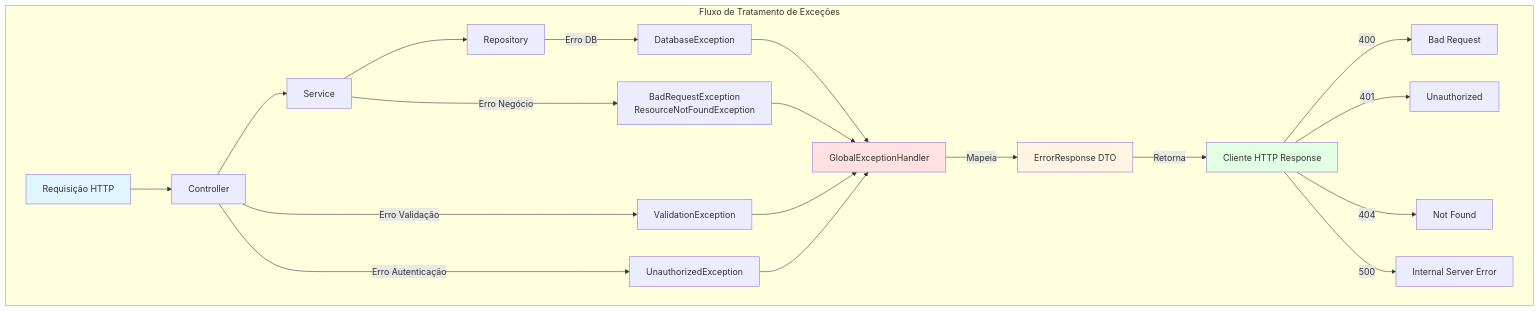
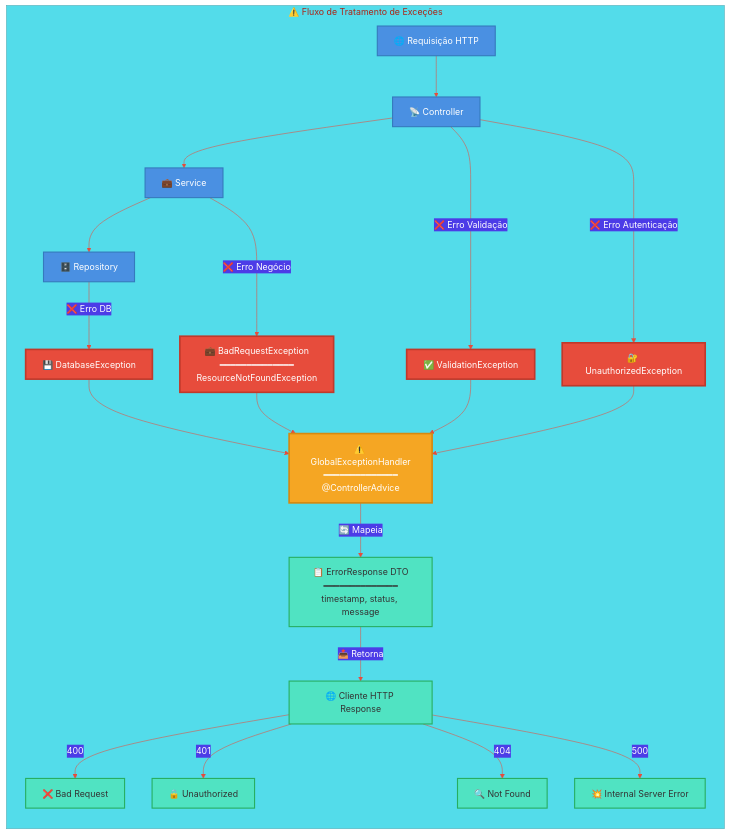
Before and after one commit to caiohrmm/TCC-BartoFinance: the eighth of 20 diagrams in DOCUMENTACAO_ARQUITETURA_CAMADAS.md, drawn with Mermaid. The commit also changed other lines of this file, not shown here.

````diff
--- a/DOCUMENTACAO_ARQUITETURA_CAMADAS.md
+++ b/DOCUMENTACAO_ARQUITETURA_CAMADAS.md
@@ -346,31 +428,43 @@
 ```mermaid
+%%{init: {'theme':'base', 'themeVariables': { 'primaryColor':'#E74C3C','primaryTextColor':'#fff','primaryBorderColor':'#C0392B','lineColor':'#E74C3C'}}}%%
 graph TB
-    subgraph ExceptionFlow["Fluxo de Tratamento de Exceções"]
-        Request[Requisição HTTP] --> Controller[Controller]
-        Controller --> Service[Service]
-        Service --> Repository[Repository]
+    subgraph ExceptionFlow["⚠️ Fluxo de Tratamento de Exceções"]
+        direction TB
+        Request["🌐 Requisição HTTP"]
+        Controller["📡 Controller"]
+        Service["💼 Service"]
+        Repository["🗄️ Repository"]
         
-        Repository -->|Erro DB| DBException[DatabaseException]
-        Service -->|Erro Negócio| BusinessException[BadRequestException<br/>ResourceNotFoundException]
-        Controller -->|Erro Validação| ValidationException[ValidationException]
-        Controller -->|Erro Autenticação| AuthException[UnauthorizedException]
+        Request --> Controller
+        Controller --> Service
+        Service --> Repository
         
-        DBException --> ExceptionHandler[GlobalExceptionHandler]
+        Repository -->|"❌ Erro DB"| DBException["💾 DatabaseException"]
+        Service -->|"❌ Erro Negócio"| BusinessException["💼 BadRequestException<br/>━━━━━━━━━━━━━━<br/>ResourceNotFoundException"]
+        Controller -->|"❌ Erro Validação"| ValidationException["✅ ValidationException"]
+        Controller -->|"❌ Erro Autenticação"| AuthException["🔐 UnauthorizedException"]
+        
+        DBException --> ExceptionHandler["⚠️ GlobalExceptionHandler<br/>━━━━━━━━━━━━━━<br/>@ControllerAdvice"]
         BusinessException --> ExceptionHandler
         ValidationException --> ExceptionHandler
         AuthException --> ExceptionHandler
         
-        ExceptionHandler -->|Mapeia| ErrorResponse[ErrorResponse DTO]
-        ErrorResponse -->|Retorna| Client[Cliente HTTP Response]
+        ExceptionHandler -->|"🔄 Mapeia"| ErrorResponse["📋 ErrorResponse DTO<br/>━━━━━━━━━━━━━━<br/>timestamp, status, message"]
+        ErrorResponse -->|"📤 Retorna"| Client["🌐 Cliente HTTP Response"]
         
-        Client -->|400| BadRequest[Bad Request]
-        Client -->|401| Unauthorized[Unauthorized]
-        Client -->|404| NotFound[Not Found]
-        Client -->|500| ServerError[Internal Server Error]
+        Client -->|"400"| BadRequest["❌ Bad Request"]
+        Client -->|"401"| Unauthorized["🔒 Unauthorized"]
+        Client -->|"404"| NotFound["🔍 Not Found"]
+        Client -->|"500"| ServerError["💥 Internal Server Error"]
     end
     
-    style Request fill:#e1f5ff
-    style ExceptionHandler fill:#ffe1e1
-    style ErrorResponse fill:#fff4e1
-    style Client fill:#e1ffe1
+    classDef requestStyle fill:#4A90E2,stroke:#357ABD,stroke-width:2px,color:#fff
+    classDef exceptionStyle fill:#E74C3C,stroke:#C0392B,stroke-width:3px,color:#fff
+    classDef handlerStyle fill:#F5A623,stroke:#D68910,stroke-width:3px,color:#fff
+    classDef responseStyle fill:#50E3C2,stroke:#27AE60,stroke-width:2px,color:#333
+    
+    class Request,Controller,Service,Repository requestStyle
+    class DBException,BusinessException,ValidationException,AuthException exceptionStyle
+    class ExceptionHandler handlerStyle
+    class ErrorResponse,Client,BadRequest,Unauthorized,NotFound,ServerError responseStyle
 ```
````
